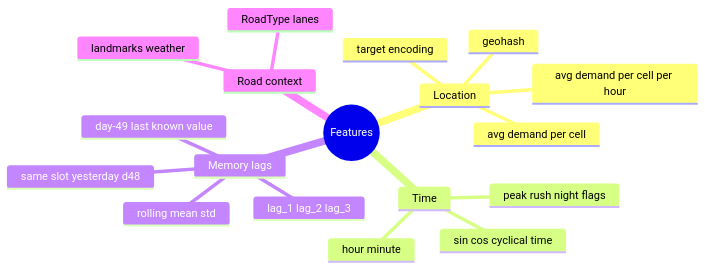
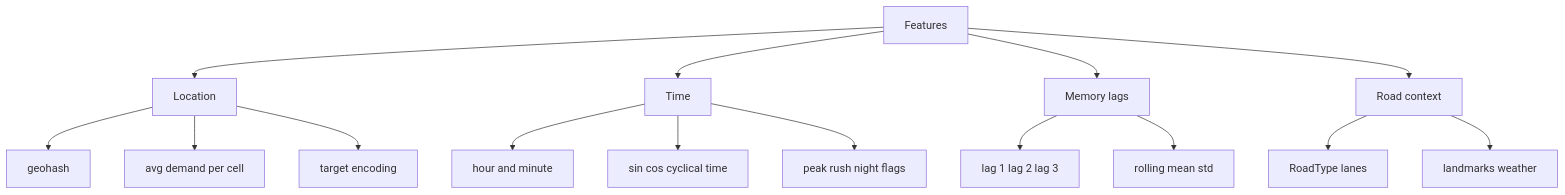
One commit to rishitaprabhakarp-cell/BLOG changed the fifth of 11 diagrams in content/posts/bangalore-traffic-demand-prediction.md. Above: the diagram before and after it, drawn with Mermaid. The commit also changed other lines of this file and 13 other files, not shown here.

Commit message:
fix():mermaid rendering was fixed

````diff
--- a/content/posts/bangalore-traffic-demand-prediction.md
+++ b/content/posts/bangalore-traffic-demand-prediction.md
@@ -196,21 +194,18 @@
 ```mermaid
-mindmap
-  root((Features))
-    Location
-      geohash
-      avg demand per cell
-      avg demand per cell per hour
-      target encoding
-    Time
-      hour minute
-      sin cos cyclical time
-      peak rush night flags
-    Memory lags
-      same slot yesterday d48
-      lag_1 lag_2 lag_3
-      rolling mean std
-      day-49 last known value
-    Road context
-      RoadType lanes
-      landmarks weather
+flowchart TB
+    ROOT[Features]
+    ROOT --> LOC[Location]
+    LOC --> L1[geohash]
+    LOC --> L2[avg demand per cell]
+    LOC --> L3[target encoding]
+    ROOT --> TIME[Time]
+    TIME --> T1[hour and minute]
+    TIME --> T2[sin cos cyclical time]
+    TIME --> T3[peak rush night flags]
+    ROOT --> MEM[Memory lags]
+    MEM --> M1[lag 1 lag 2 lag 3]
+    MEM --> M2[rolling mean std]
+    ROOT --> ROAD[Road context]
+    ROAD --> R1[RoadType lanes]
+    ROAD --> R2[landmarks weather]
 ```
````
